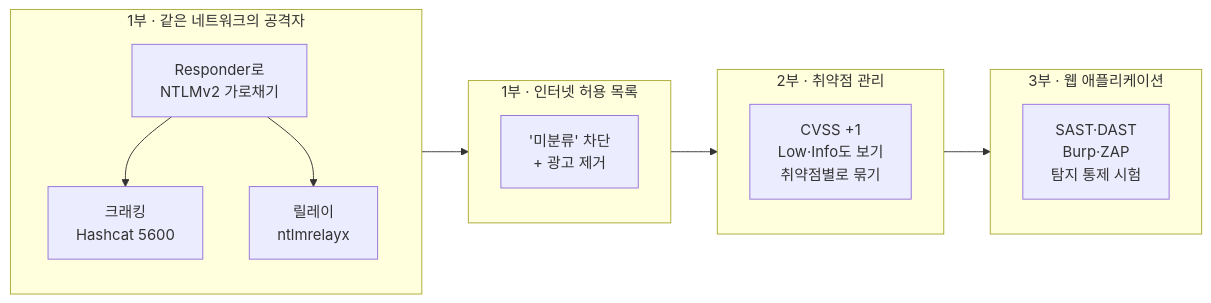
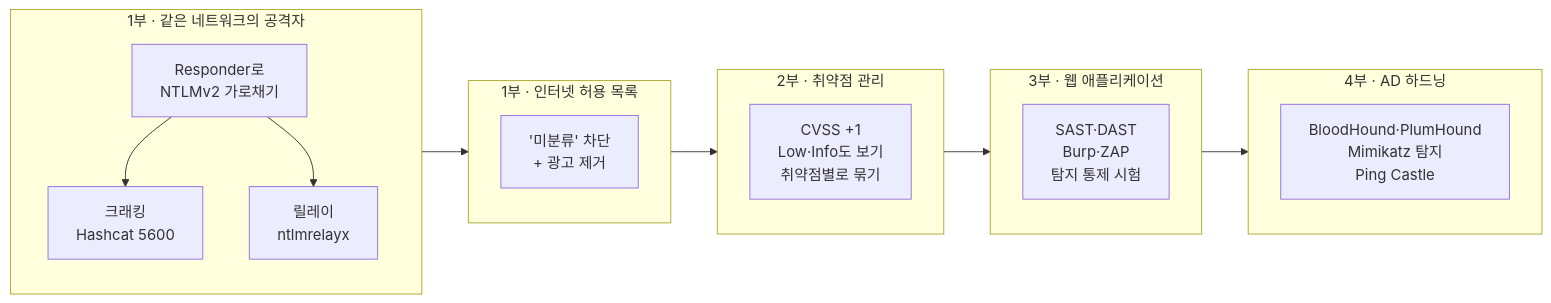
One commit to DFIDwiz-sketch/dfir-handbook changed the first of 18 diagrams in docs-ko/training/antisyphon/iscs/day-4.md. Above: the diagram before and after it, drawn with Mermaid. The commit also changed other lines of this file and 3 other files, not shown here.

First line of the commit message:
training: ISCS Day 4 part 4 (AD hardening, Ping Castle lab, wrap-up) + course recap (EN + KO)

````diff
--- a/docs-ko/training/antisyphon/iscs/day-4.md
+++ b/docs-ko/training/antisyphon/iscs/day-4.md
@@ -28,17 +27,20 @@
 ```mermaid
 flowchart LR
     subgraph P1["1부 · 같은 네트워크의 공격자"]
         R["Responder로<br/>NTLMv2 가로채기"] --> C["크래킹<br/>Hashcat 5600"]
         R --> L["릴레이<br/>ntlmrelayx"]
     end
     subgraph P1B["1부 · 인터넷 허용 목록"]
         U["'미분류' 차단<br/>+ 광고 제거"]
     end
     subgraph P2["2부 · 취약점 관리"]
         V["CVSS +1<br/>Low·Info도 보기<br/>취약점별로 묶기"]
     end
     subgraph P3["3부 · 웹 애플리케이션"]
         W["SAST·DAST<br/>Burp·ZAP<br/>탐지 통제 시험"]
     end
-    P1 --> P1B --> P2 --> P3
+    subgraph P4["4부 · AD 하드닝"]
+        AD["BloodHound·PlumHound<br/>Mimikatz 탐지<br/>Ping Castle"]
+    end
+    P1 --> P1B --> P2 --> P3 --> P4
 ```
````
